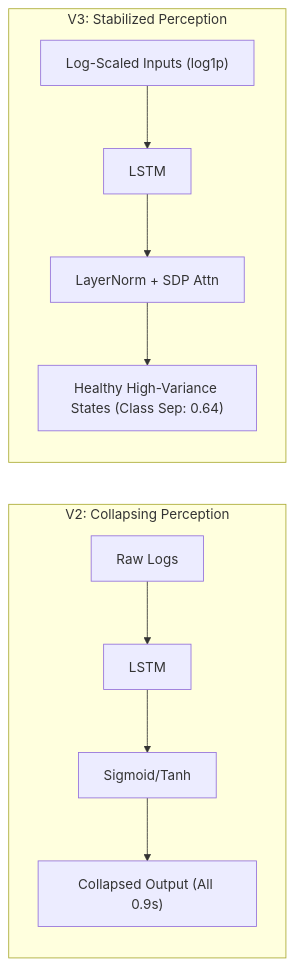
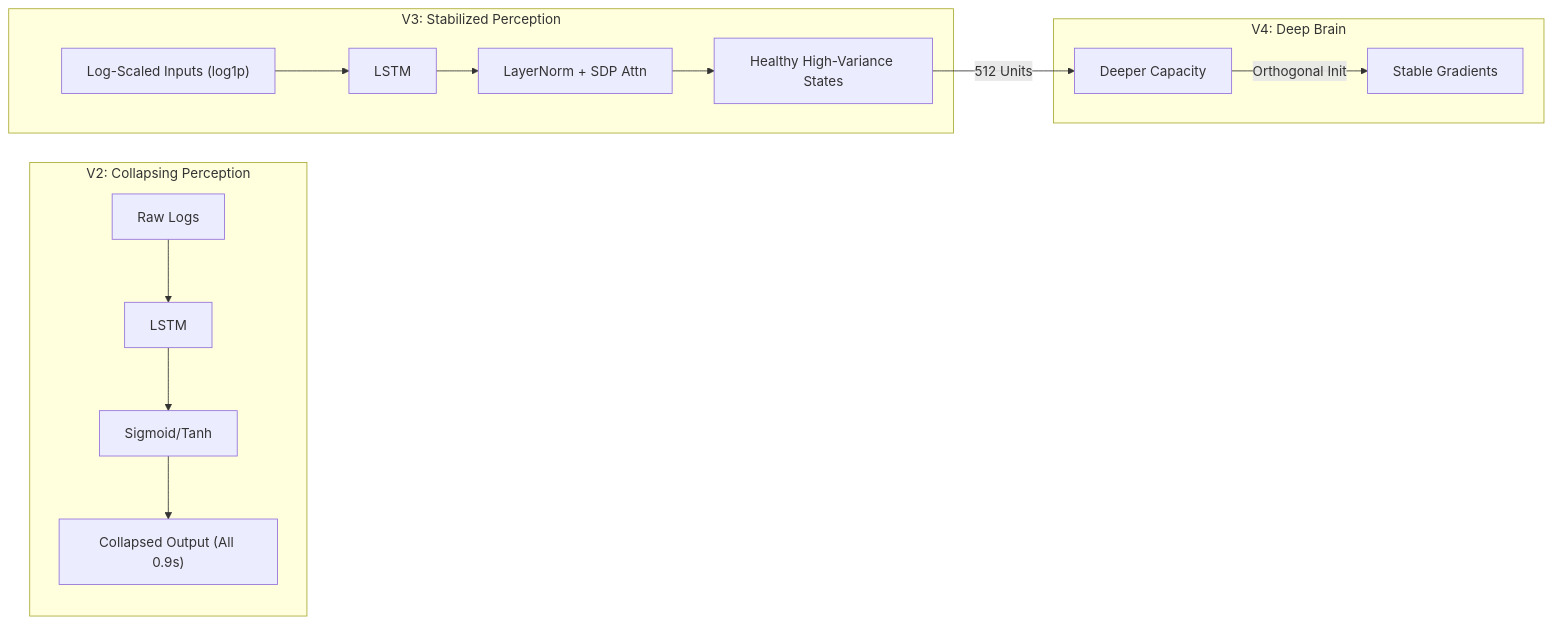
Before and after one commit to didi-09/AI_DRIVEN_SOAR: the fifth of 8 diagrams in README.md, drawn with Mermaid. The commit also changed other lines of this file, not shown here.

````diff
--- a/README.md
+++ b/README.md
@@ -204,13 +211,17 @@
 ```mermaid
 graph LR
     subgraph "V2: Collapsing Perception"
         I2[Raw Logs] --> L2[LSTM]
         L2 --> Sig[Sigmoid/Tanh]
         Sig --> C["Collapsed Output (All 0.9s)"]
     end
     subgraph "V3: Stabilized Perception"
         I3["Log-Scaled Inputs (log1p)"] --> L3[LSTM]
         L3 --> LN["LayerNorm + SDP Attn"]
-        LN --> H["Healthy High-Variance States (Class Sep: 0.64)"]
+        LN --> H["Healthy High-Variance States"]
+    end
+    subgraph "V4: Deep Brain"
+        H -->|512 Units| DeepNet["Deeper Capacity"]
+        DeepNet -->|Orthogonal Init| Stable["Stable Gradients"]
     end
 ```
````
